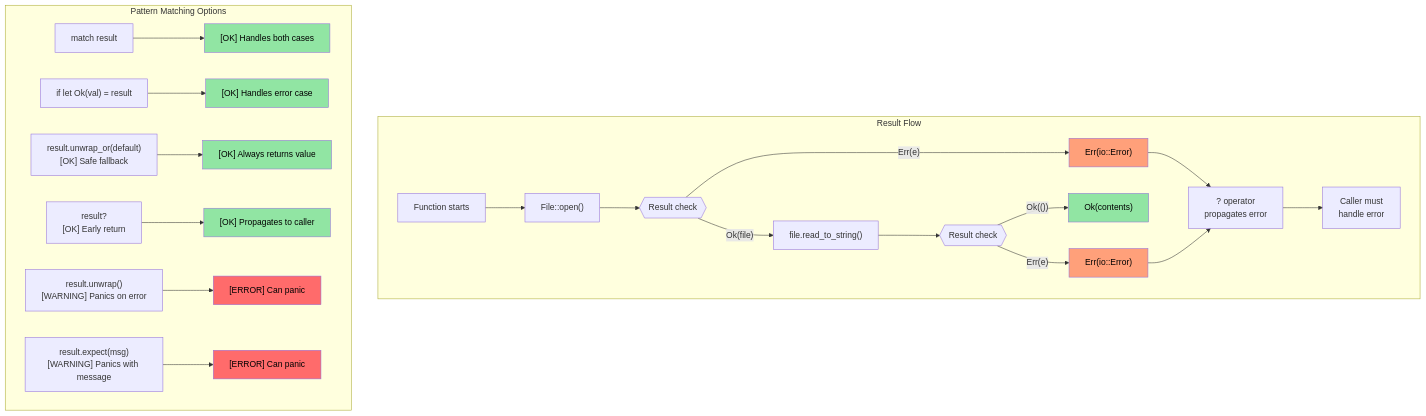
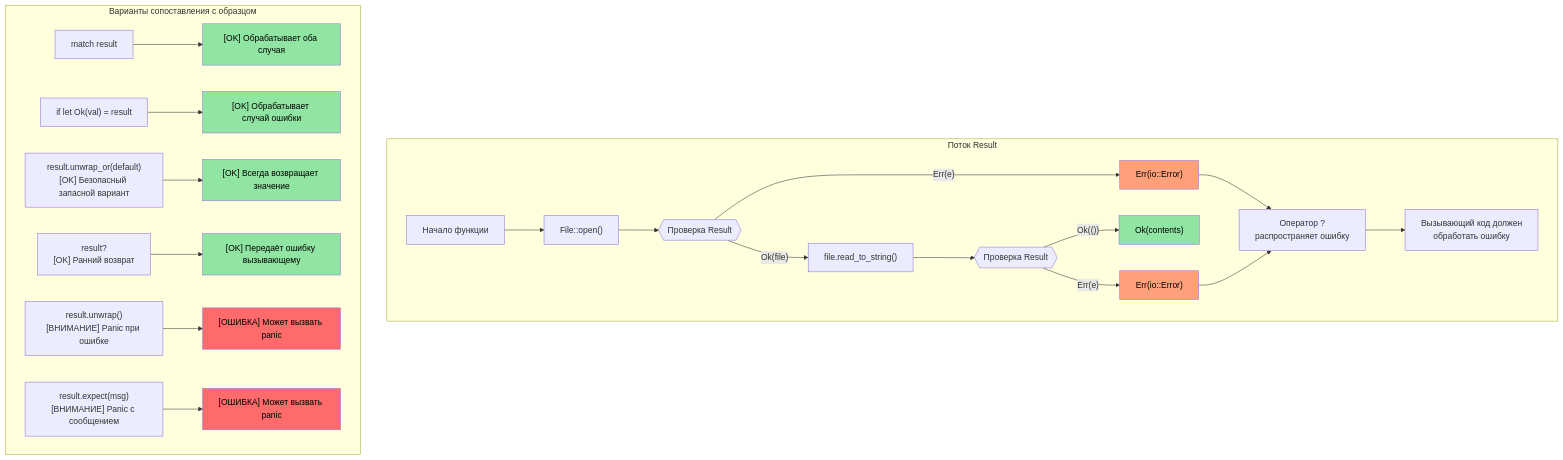
Before and after one commit to r007/RustTraining-Rus: the second of 2 diagrams in c-cpp-book/src/ch09-error-handling.md, drawn with Mermaid. The commit also changed other lines of this file and 21 other files, not shown here.

````diff
--- a/c-cpp-book/src/ch09-error-handling.md
+++ b/c-cpp-book/src/ch09-error-handling.md
@@ -264,51 +264,51 @@
 ```mermaid
 graph TD
-    subgraph "Result<T, E> Flow"
-        START["Function starts"]
+    subgraph "Поток Result<T, E>"
+        START["Начало функции"]
         OP1["File::open()"]
-        CHECK1{{"Result check"}}
+        CHECK1{{"Проверка Result"}}
         OP2["file.read_to_string()"]
-        CHECK2{{"Result check"}}
+        CHECK2{{"Проверка Result"}}
         SUCCESS["Ok(contents)"]
         ERROR1["Err(io::Error)"]
         ERROR2["Err(io::Error)"]
         
         START --> OP1
         OP1 --> CHECK1
         CHECK1 -->|"Ok(file)"| OP2
         CHECK1 -->|"Err(e)"| ERROR1
         OP2 --> CHECK2
         CHECK2 -->|"Ok(())"| SUCCESS
         CHECK2 -->|"Err(e)"| ERROR2
         
-        ERROR1 --> PROPAGATE["? operator<br/>propagates error"]
+        ERROR1 --> PROPAGATE["Оператор ?<br/>распространяет ошибку"]
         ERROR2 --> PROPAGATE
-        PROPAGATE --> CALLER["Caller must<br/>handle error"]
+        PROPAGATE --> CALLER["Вызывающий код должен<br/>обработать ошибку"]
     end
     
-    subgraph "Pattern Matching Options"
+    subgraph "Варианты сопоставления с образцом"
         MATCH["match result"]
         IFLET["if let Ok(val) = result"]
-        UNWRAP["result.unwrap()<br/>[WARNING] Panics on error"]
-        EXPECT["result.expect(msg)<br/>[WARNING] Panics with message"]
-        UNWRAP_OR["result.unwrap_or(default)<br/>[OK] Safe fallback"]
-        QUESTION["result?<br/>[OK] Early return"]
+        UNWRAP["result.unwrap()<br/>[ВНИМАНИЕ] Panic при ошибке"]
+        EXPECT["result.expect(msg)<br/>[ВНИМАНИЕ] Panic с сообщением"]
+        UNWRAP_OR["result.unwrap_or(default)<br/>[OK] Безопасный запасной вариант"]
+        QUESTION["result?<br/>[OK] Ранний возврат"]
         
-        MATCH --> SAFE1["[OK] Handles both cases"]
-        IFLET --> SAFE2["[OK] Handles error case"]
-        UNWRAP_OR --> SAFE3["[OK] Always returns value"]
-        QUESTION --> SAFE4["[OK] Propagates to caller"]
-        UNWRAP --> UNSAFE1["[ERROR] Can panic"]
-        EXPECT --> UNSAFE2["[ERROR] Can panic"]
+        MATCH --> SAFE1["[OK] Обрабатывает оба случая"]
+        IFLET --> SAFE2["[OK] Обрабатывает случай ошибки"]
+        UNWRAP_OR --> SAFE3["[OK] Всегда возвращает значение"]
+        QUESTION --> SAFE4["[OK] Передаёт ошибку вызывающему"]
+        UNWRAP --> UNSAFE1["[ОШИБКА] Может вызвать panic"]
+        EXPECT --> UNSAFE2["[ОШИБКА] Может вызвать panic"]
     end
     
     style SUCCESS fill:#91e5a3,color:#000
     style ERROR1 fill:#ffa07a,color:#000
     style ERROR2 fill:#ffa07a,color:#000
     style SAFE1 fill:#91e5a3,color:#000
     style SAFE2 fill:#91e5a3,color:#000
     style SAFE3 fill:#91e5a3,color:#000
     style SAFE4 fill:#91e5a3,color:#000
     style UNSAFE1 fill:#ff6b6b,color:#000
     style UNSAFE2 fill:#ff6b6b,color:#000
 ```
````
